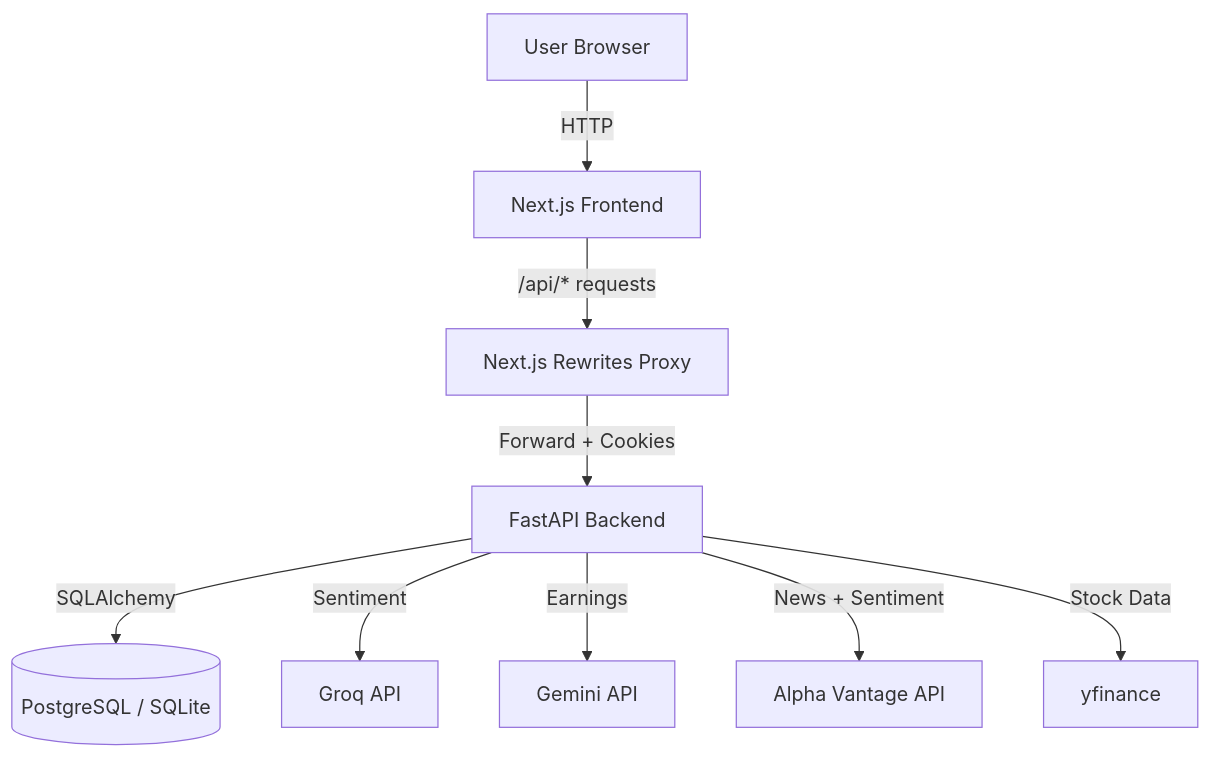
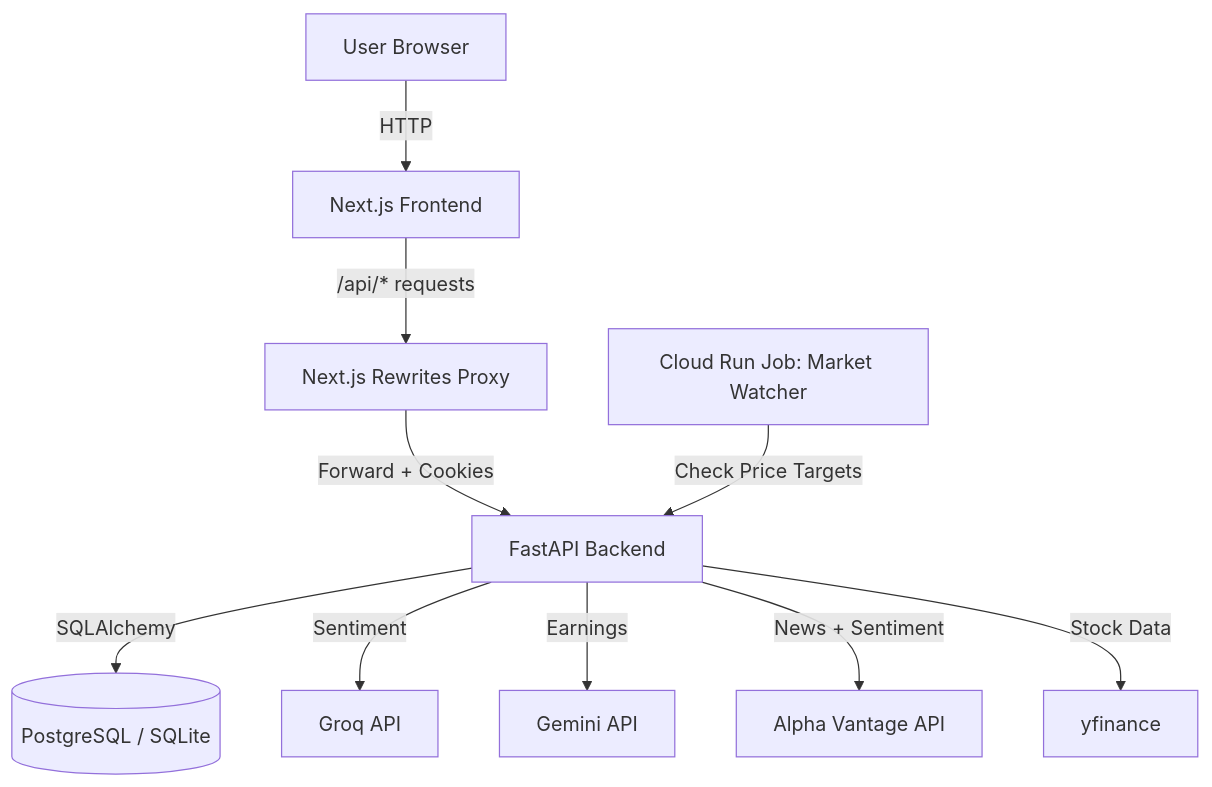
The diagram in docs/ARCHITECTURE.md (vinayakm-93/vinsight), drawn with Mermaid before and after one commit. The commit also changed other lines of this file and 53 other files, not shown here.

````diff
--- a/docs/ARCHITECTURE.md
+++ b/docs/ARCHITECTURE.md
@@ -7,21 +7,23 @@
 ```mermaid
 graph TD
     User[User Browser]
     FE[Next.js Frontend]
     Proxy[Next.js Rewrites Proxy]
     BE[FastAPI Backend]
     DB[(PostgreSQL / SQLite)]
     AI1[Groq API]
     AI2[Gemini API]
     AV[Alpha Vantage API]
     Data[yfinance]
+    Worker[Cloud Run Job: Market Watcher]
 
     User -->|HTTP| FE
     FE -->|/api/* requests| Proxy
     Proxy -->|Forward + Cookies| BE
     BE -->|SQLAlchemy| DB
     BE -->|Sentiment| AI1
     BE -->|Earnings| AI2
     BE -->|News + Sentiment| AV
     BE -->|Stock Data| Data
+    Worker -->|Check Price Targets| BE
 ```
````
